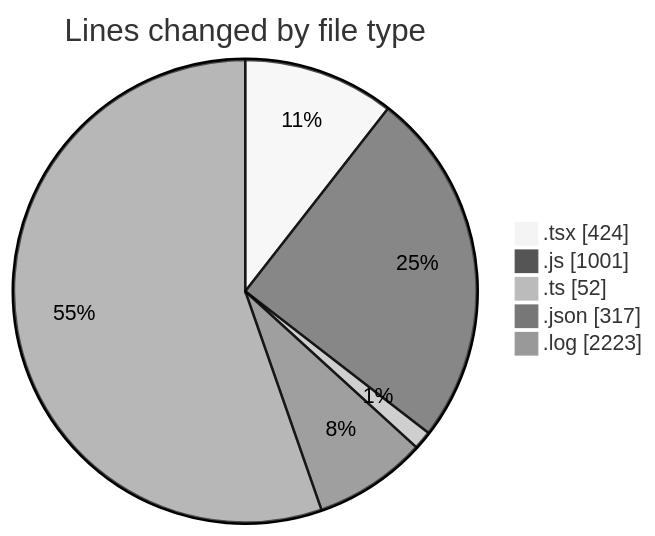
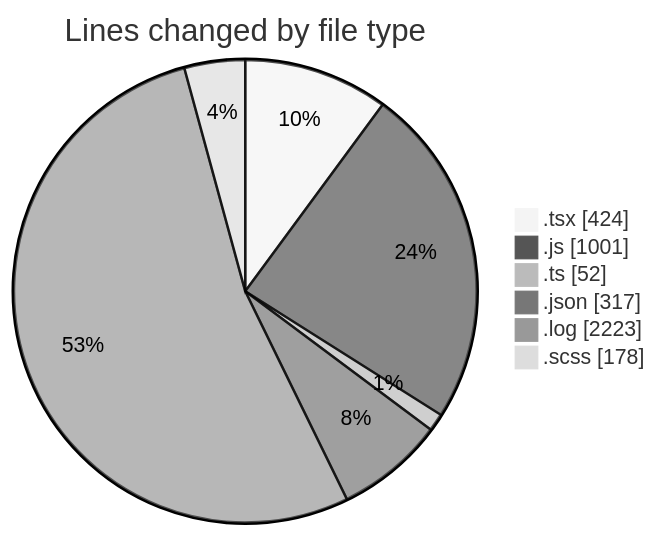
One commit to momahboobian/code-tracking changed the first of 2 diagrams in 2026-04-17/cda/README.md. Above: the diagram before and after it, drawn with Mermaid (neutral theme). The commit also changed other lines of this file and 1 other file, not shown here.

````diff
--- a/2026-04-17/cda/README.md
+++ b/2026-04-17/cda/README.md
@@ -34,9 +35,10 @@
 ```mermaid
 pie showData
 title Lines changed by file type
 ".tsx" : 424
 ".js" : 1001
 ".ts" : 52
 ".json" : 317
 ".log" : 2223
+".scss" : 178
 ```
````
